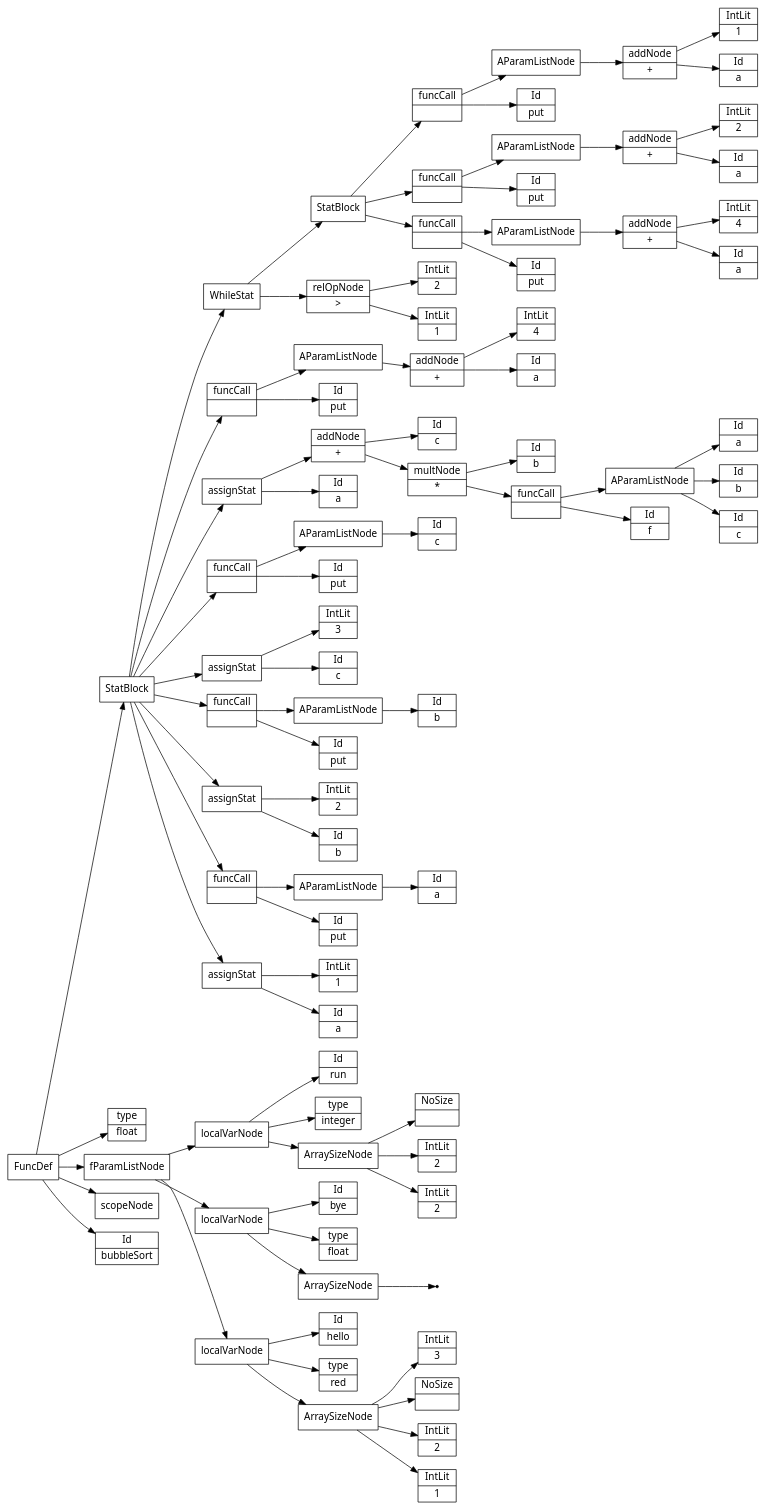
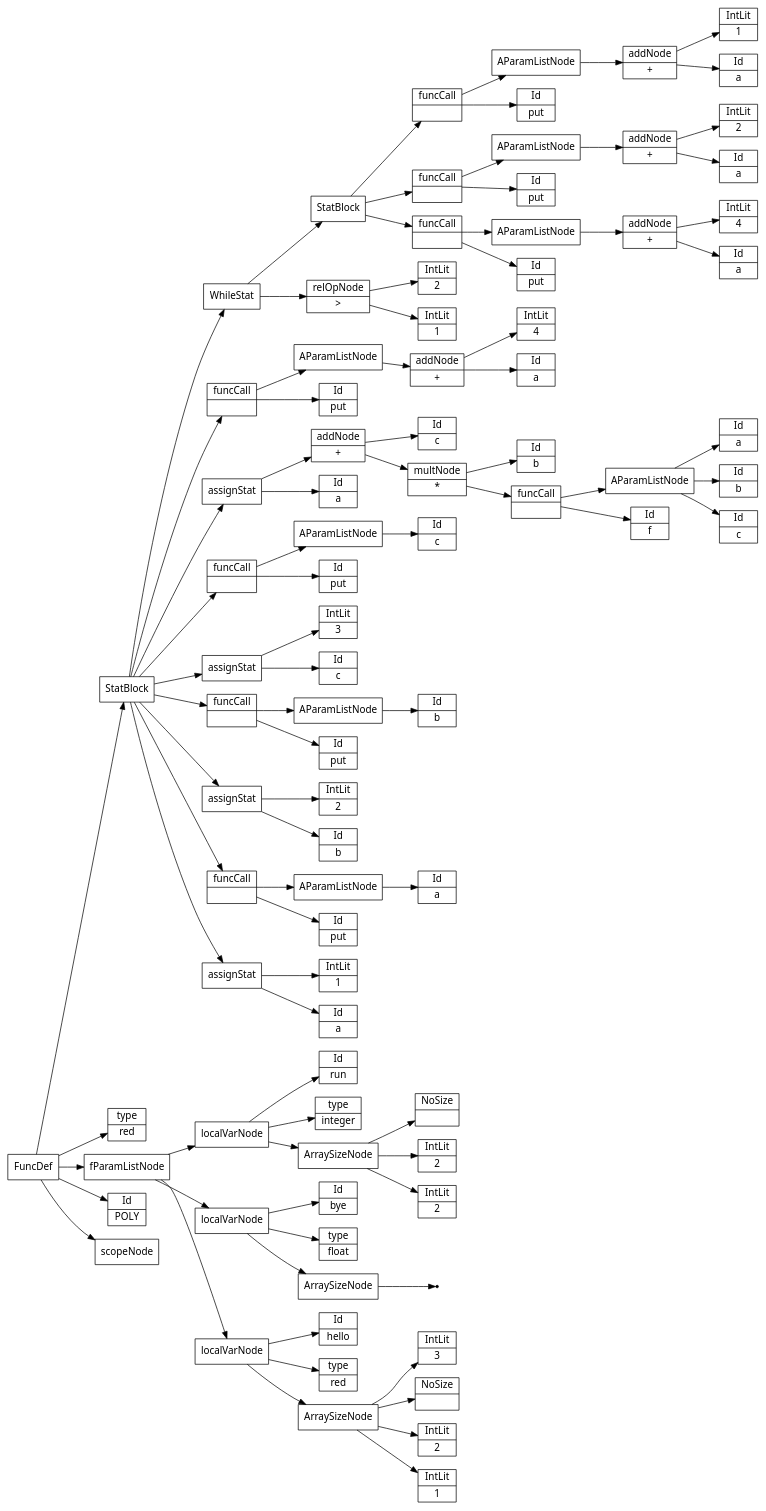
The diagram in files/bubbleSort.src.ast.dot (Saf1u/Kompiler), drawn with Graphviz before and after one commit. The commit also changed 5 other files, not shown here.

```diff
--- a/files/bubbleSort.src.ast.dot
+++ b/files/bubbleSort.src.ast.dot
@@ -1,179 +1,179 @@
 digraph AST {
 node [shape=record];
  node [fontname=Sans];charset="UTF-8" splines=true splines=spline rankdir =LR ordering="out"
-0[label="Id|bubbleSort"];
-2[label="Id|run"];
-3[label="type|integer"];
-5[label="IntLit|2"];
+1[label="scopeNode"];
+3[label="Id|run"];
+4[label="type|integer"];
 6[label="IntLit|2"];
-7[label="NoSize|"];
-8[label="ArraySizeNode"];
-8->7;
-8->6;
-8->5;
-9[label="localVarNode"];
-9->2;
-9->3;
+7[label="IntLit|2"];
+8[label="NoSize|"];
+9[label="ArraySizeNode"];
 9->8;
-10[label="Id|bye"];
-11[label="type|float"];
-none13[shape="point"];
-14[label="ArraySizeNode"];
-14->none13;
-15[label="localVarNode"];
-15->10;
-15->11;
-15->14;
-16[label="Id|hello"];
-17[label="type|red"];
-19[label="IntLit|1"];
-20[label="IntLit|2"];
-21[label="NoSize|"];
-22[label="IntLit|3"];
-23[label="ArraySizeNode"];
-23->22;
-23->21;
-23->20;
-23->19;
-24[label="localVarNode"];
-24->16;
-24->17;
+9->7;
+9->6;
+10[label="localVarNode"];
+10->3;
+10->4;
+10->9;
+11[label="Id|bye"];
+12[label="type|float"];
+none14[shape="point"];
+15[label="ArraySizeNode"];
+15->none14;
+16[label="localVarNode"];
+16->11;
+16->12;
+16->15;
+17[label="Id|hello"];
+18[label="type|red"];
+20[label="IntLit|1"];
+21[label="IntLit|2"];
+22[label="NoSize|"];
+23[label="IntLit|3"];
+24[label="ArraySizeNode"];
 24->23;
-25[label="fParamListNode"];
-25->9;
-25->15;
+24->22;
+24->21;
+24->20;
+25[label="localVarNode"];
+25->17;
+25->18;
 25->24;
-26[label="type|float"];
-28[label="Id|a"];
-29[label="IntLit|1"];
-30[label="assignStat"];
-30->29;
-30->28;
-31[label="Id|put"];
-33[label="Id|a"];
-34[label="AParamListNode"];
-34->33;
-35[label="funcCall|"];
+26[label="fParamListNode"];
+26->10;
+26->16;
+26->25;
+27[label="type|red"];
+29[label="Id|a"];
+30[label="IntLit|1"];
+31[label="assignStat"];
+31->30;
+31->29;
+32[label="Id|put"];
+34[label="Id|a"];
+35[label="AParamListNode"];
 35->34;
-35->31;
-36[label="Id|b"];
-37[label="IntLit|2"];
-38[label="assignStat"];
-38->37;
-38->36;
-39[label="Id|put"];
-41[label="Id|b"];
-42[label="AParamListNode"];
-42->41;
-43[label="funcCall|"];
+36[label="funcCall|"];
+36->35;
+36->32;
+37[label="Id|b"];
+38[label="IntLit|2"];
+39[label="assignStat"];
+39->38;
+39->37;
+40[label="Id|put"];
+42[label="Id|b"];
+43[label="AParamListNode"];
 43->42;
-43->39;
-44[label="Id|c"];
-45[label="IntLit|3"];
-46[label="assignStat"];
-46->45;
-46->44;
-47[label="Id|put"];
-49[label="Id|c"];
-50[label="AParamListNode"];
-50->49;
-51[label="funcCall|"];
+44[label="funcCall|"];
+44->43;
+44->40;
+45[label="Id|c"];
+46[label="IntLit|3"];
+47[label="assignStat"];
+47->46;
+47->45;
+48[label="Id|put"];
+50[label="Id|c"];
+51[label="AParamListNode"];
 51->50;
-51->47;
-52[label="Id|a"];
-53[label="Id|f"];
-55[label="Id|a"];
-56[label="Id|b"];
-57[label="Id|c"];
-58[label="AParamListNode"];
-58->55;
-58->56;
-58->57;
-59[label="funcCall|"];
+52[label="funcCall|"];
+52->51;
+52->48;
+53[label="Id|a"];
+54[label="Id|f"];
+56[label="Id|a"];
+57[label="Id|b"];
+58[label="Id|c"];
+59[label="AParamListNode"];
+59->56;
+59->57;
 59->58;
-59->53;
-60[label="multNode|*"];
-61[label="Id|b"];
-60->61;
+60[label="funcCall|"];
 60->59;
-62[label="addNode|+"];
-63[label="Id|c"];
-62->63;
-62->60;
-64[label="assignStat"];
-64->62;
-64->52;
-65[label="Id|put"];
-67[label="Id|a"];
-68[label="addNode|+"];
-69[label="IntLit|4"];
-68->69;
-68->67;
-70[label="AParamListNode"];
-70->68;
-71[label="funcCall|"];
-71->70;
-71->65;
-72[label="IntLit|1"];
-73[label="relOpNode|\>"];
-74[label="IntLit|2"];
-73->74;
-73->72;
-76[label="Id|put"];
-78[label="Id|a"];
-79[label="addNode|+"];
-80[label="IntLit|4"];
-79->80;
-79->78;
-81[label="AParamListNode"];
-81->79;
-82[label="funcCall|"];
-82->81;
-82->76;
-83[label="Id|put"];
-85[label="Id|a"];
-86[label="addNode|+"];
-87[label="IntLit|2"];
-86->87;
-86->85;
-88[label="AParamListNode"];
-88->86;
-89[label="funcCall|"];
-89->88;
-89->83;
-90[label="Id|put"];
-92[label="Id|a"];
-93[label="addNode|+"];
-94[label="IntLit|1"];
-93->94;
-93->92;
-95[label="AParamListNode"];
-95->93;
-96[label="funcCall|"];
-96->95;
-96->90;
-97[label="StatBlock"];
+60->54;
+61[label="multNode|*"];
+62[label="Id|b"];
+61->62;
+61->60;
+63[label="addNode|+"];
+64[label="Id|c"];
+63->64;
+63->61;
+65[label="assignStat"];
+65->63;
+65->53;
+66[label="Id|put"];
+68[label="Id|a"];
+69[label="addNode|+"];
+70[label="IntLit|4"];
+69->70;
+69->68;
+71[label="AParamListNode"];
+71->69;
+72[label="funcCall|"];
+72->71;
+72->66;
+73[label="IntLit|1"];
+74[label="relOpNode|\>"];
+75[label="IntLit|2"];
+74->75;
+74->73;
+77[label="Id|put"];
+79[label="Id|a"];
+80[label="addNode|+"];
+81[label="IntLit|4"];
+80->81;
+80->79;
+82[label="AParamListNode"];
+82->80;
+83[label="funcCall|"];
+83->82;
+83->77;
+84[label="Id|put"];
+86[label="Id|a"];
+87[label="addNode|+"];
+88[label="IntLit|2"];
+87->88;
+87->86;
+89[label="AParamListNode"];
+89->87;
+90[label="funcCall|"];
+90->89;
+90->84;
+91[label="Id|put"];
+93[label="Id|a"];
+94[label="addNode|+"];
+95[label="IntLit|1"];
+94->95;
+94->93;
+96[label="AParamListNode"];
+96->94;
+97[label="funcCall|"];
 97->96;
-97->89;
-97->82;
-98[label="WhileStat"];
+97->91;
+98[label="StatBlock"];
 98->97;
-98->73;
-99[label="StatBlock"];
+98->90;
+98->83;
+99[label="WhileStat"];
 99->98;
-99->71;
-99->64;
-99->51;
-99->46;
-99->43;
-99->38;
-99->35;
-99->30;
-100[label="FuncDef"];
-101[label="scopeNode"];
+99->74;
+100[label="StatBlock"];
 100->99;
-100->26;
-100->25;
-100->101;
-100->0;
+100->72;
+100->65;
+100->52;
+100->47;
+100->44;
+100->39;
+100->36;
+100->31;
+101[label="FuncDef"];
+0[label="Id|POLY"];
+101->100;
+101->27;
+101->26;
+101->0;
+101->1;
 }
```
